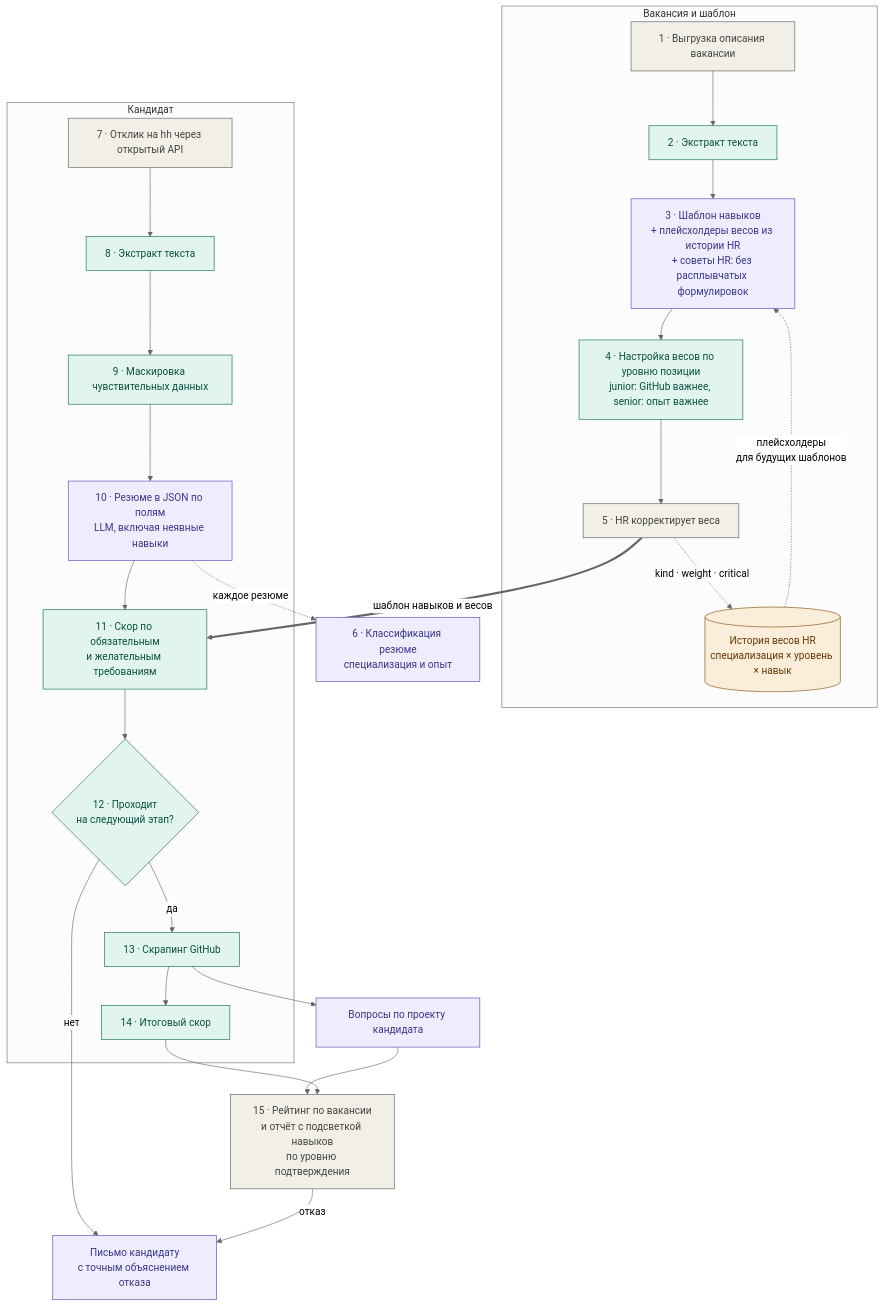
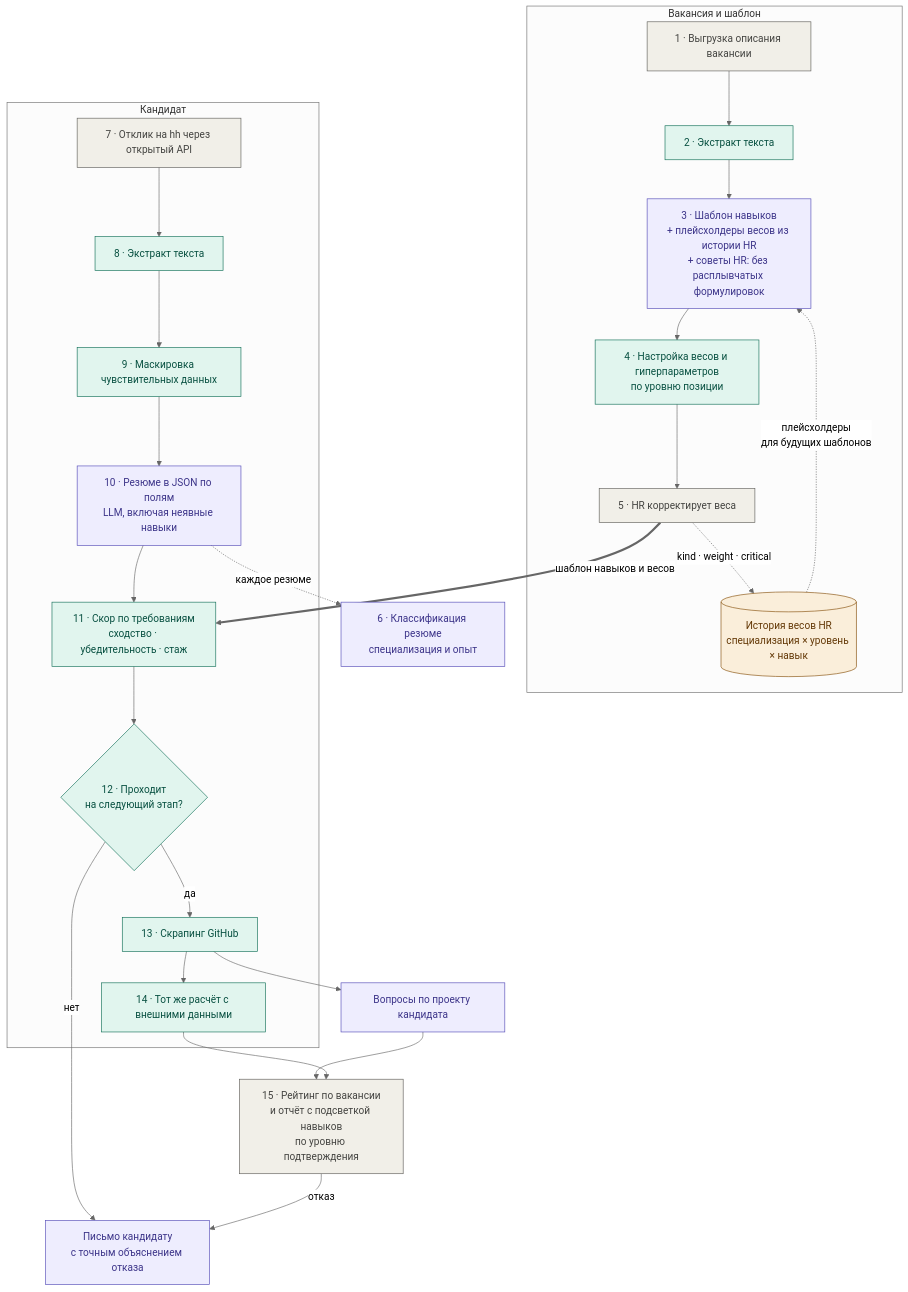
The first of 7 diagrams in README.md (MiZentUi/tracing_ats), drawn with Mermaid (neutral theme) before and after one commit. The commit also changed other lines of this file and 1 other file, not shown here.

````diff
--- a/README.md
+++ b/README.md
@@ -71,49 +72,49 @@
 ```mermaid
 flowchart TB
     classDef llm fill:#EEEDFE,stroke:#534AB7,color:#3C3489
     classDef code fill:#E1F5EE,stroke:#0F6E56,color:#085041
     classDef human fill:#F1EFE8,stroke:#5F5E5A,color:#444441
     classDef data fill:#FAEEDA,stroke:#854F0B,color:#633806
 
     subgraph VAC["Вакансия и шаблон"]
         V1["1 · Выгрузка описания вакансии"]
         V2["2 · Экстракт текста"]
         V3["3 · Шаблон навыков<br/>+ плейсхолдеры весов из истории HR<br/>+ советы HR: без расплывчатых формулировок"]
-        V4["4 · Настройка весов по уровню позиции<br/>junior: GitHub важнее, senior: опыт важнее"]
+        V4["4 · Настройка весов и гиперпараметров<br/>по уровню позиции"]
         V5["5 · HR корректирует веса"]
         VH[("История весов HR<br/>специализация × уровень × навык")]
         V1 --> V2 --> V3 --> V4 --> V5
         V5 -.->|"kind · weight · critical"| VH
         VH -.->|"плейсхолдеры<br/>для будущих шаблонов"| V3
     end
 
     subgraph CAN["Кандидат"]
         C7["7 · Отклик на hh через открытый API"]
         C8["8 · Экстракт текста"]
         C9["9 · Маскировка чувствительных данных"]
         C10["10 · Резюме в JSON по полям<br/>LLM, включая неявные навыки"]
-        C11["11 · Скор по обязательным<br/>и желательным требованиям"]
+        C11["11 · Скор по требованиям<br/>сходство · убедительность · стаж"]
         C12{"12 · Проходит<br/>на следующий этап?"}
         C13["13 · Скрапинг GitHub"]
-        C14["14 · Итоговый скор"]
+        C14["14 · Тот же расчёт с внешними данными"]
         C7 --> C8 --> C9 --> C10 --> C11 --> C12
         C12 -->|"да"| C13 --> C14
     end
 
     V6["6 · Классификация резюме<br/>специализация и опыт"]
     QST["Вопросы по проекту кандидата"]
     OUT["15 · Рейтинг по вакансии<br/>и отчёт с подсветкой навыков<br/>по уровню подтверждения"]
     LET["Письмо кандидату<br/>с точным объяснением отказа"]
 
     V5 ==>|"шаблон навыков и весов"| C11
     C10 -.->|"каждое резюме"| V6
     C13 --> QST --> OUT
     C14 --> OUT
     C12 -->|"нет"| LET
     OUT -->|"отказ"| LET
 
     class V3,C10,V6,QST,LET llm
     class V2,V4,C8,C9,C11,C12,C13,C14 code
     class V1,V5,C7,OUT human
     class VH data
 ```
````
